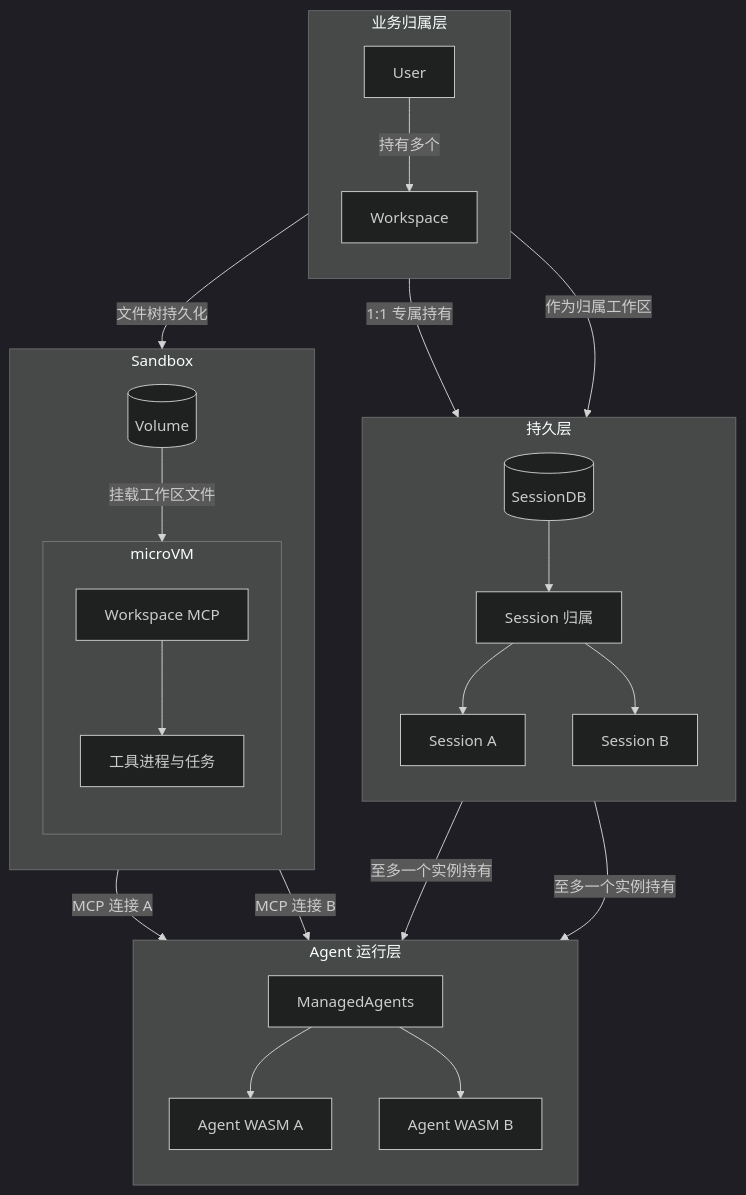
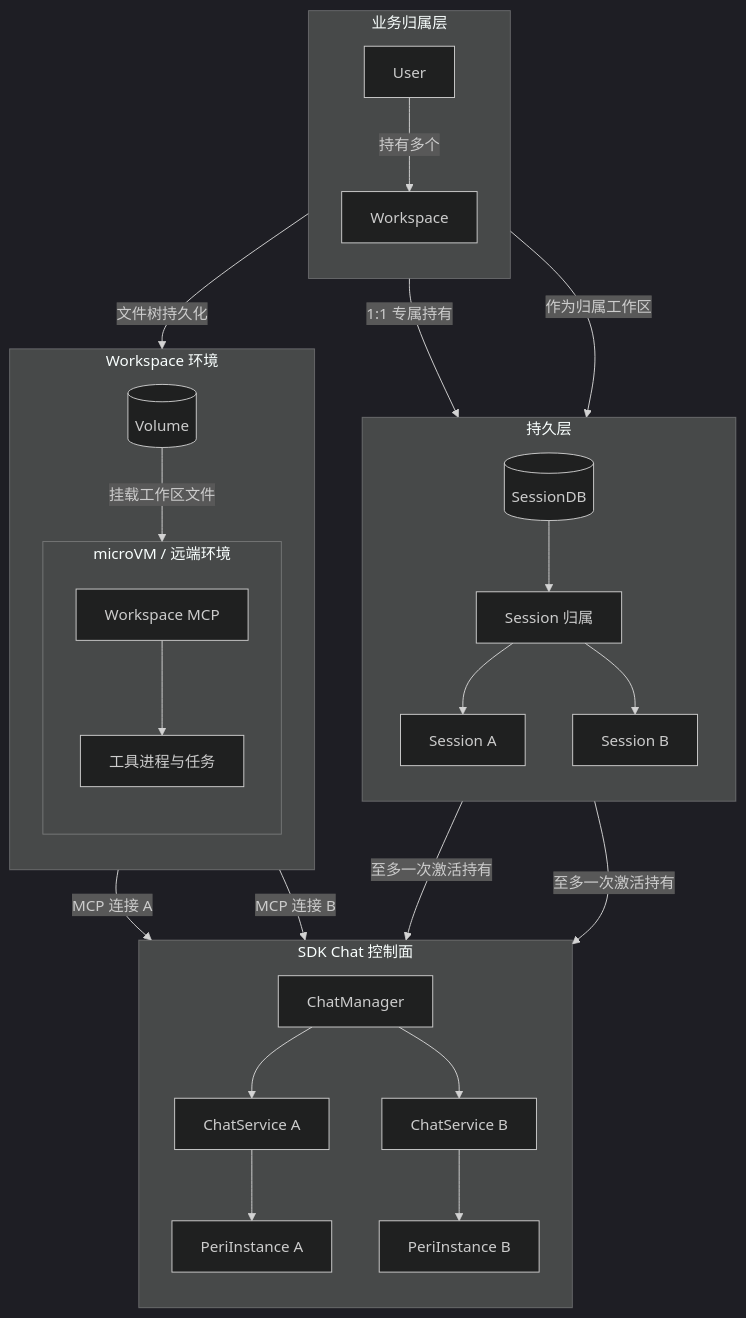
Before and after one commit to KonghaYao/peri: the diagram in npm-packages/@peri-sdk/OWNERSHIP-MODEL.md, drawn with Mermaid (dark theme). The commit also changed other lines of this file and 23 other files, not shown here.

First line of the commit message:
docs(peri-sdk): 同步 Chat 架构文档与验收证据

````diff
--- a/npm-packages/@peri-sdk/OWNERSHIP-MODEL.md
+++ b/npm-packages/@peri-sdk/OWNERSHIP-MODEL.md
@@ -9,40 +15,42 @@
 ```mermaid
 flowchart TB
     subgraph businessLayer[业务归属层]
         direction TB
         U[User] -->|持有多个| W[Workspace]
     end
 
     subgraph dataLayer[持久层]
         direction TB
         DB[(SessionDB)] --> B[Session 归属]
         B --> S1[Session A]
         B --> S2[Session B]
     end
 
-    subgraph sandboxLayer[Sandbox]
+    subgraph workspaceLayer[Workspace 环境]
         direction TB
         VOL[(Volume)]
-        subgraph vmLayer[microVM]
+        subgraph vmLayer[microVM / 远端环境]
             direction TB
             MCP[Workspace MCP]
             TOOL[工具进程与任务]
             MCP --> TOOL
         end
         VOL -->|挂载工作区文件| vmLayer
     end
 
-    subgraph agentLayer[Agent 运行层]
+    subgraph chatLayer[SDK Chat 控制面]
         direction TB
-        MA[ManagedAgents] --> A1[Agent WASM A]
-        MA --> A2[Agent WASM B]
+        CM[ChatManager] --> CS1[ChatService A]
+        CM --> CS2[ChatService B]
+        CS1 --> P1[PeriInstance A]
+        CS2 --> P2[PeriInstance B]
     end
 
     U -->|1:1 专属持有| DB
     W -->|作为归属工作区| B
     W -->|文件树持久化| VOL
-    S1 -->|至多一个实例持有| A1
-    S2 -->|至多一个实例持有| A2
-    MCP -->|MCP 连接 A| A1
-    MCP -->|MCP 连接 B| A2
+    S1 -->|至多一次激活持有| P1
+    S2 -->|至多一次激活持有| P2
+    MCP -->|MCP 连接 A| P1
+    MCP -->|MCP 连接 B| P2
 ```
````
